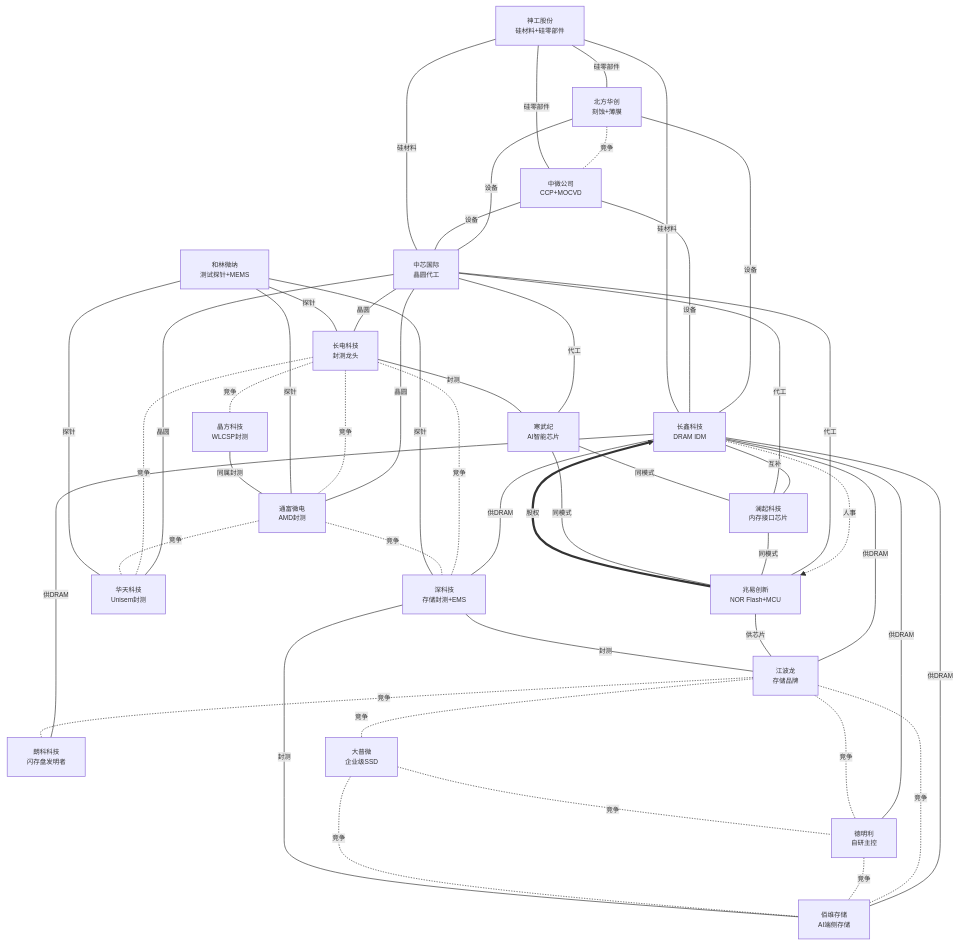
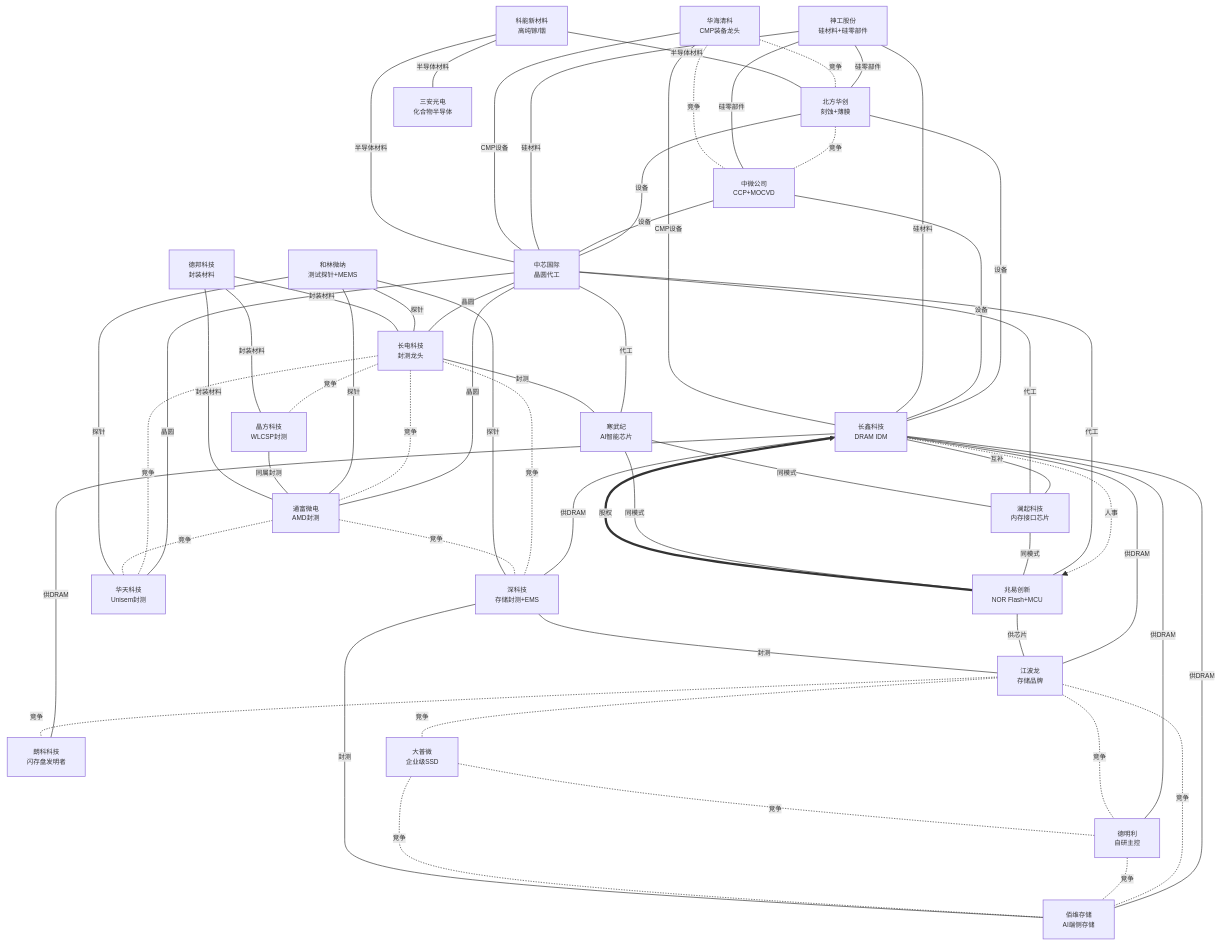
One commit to zhangbo1882/open-industry changed the first of 5 diagrams in industry/wiki/syntheses/公司关联图谱.md. Above: the diagram before and after it, drawn with Mermaid. The commit also changed other lines of this file and 13 other files, not shown here.

```diff
--- a/industry/wiki/syntheses/公司关联图谱.md
+++ b/industry/wiki/syntheses/公司关联图谱.md
@@ -83,6 +93,8 @@
     深科技[深科技<br/>存储封测+EMS]
     寒武纪[寒武纪<br/>AI智能芯片]
     晶方科技[晶方科技<br/>WLCSP封测]
+    德邦科技[德邦科技<br/>封装材料]
+    华海清科[华海清科<br/>CMP装备龙头]
 
     长鑫科技 -.->|人事| 兆易创新
     兆易创新 ==>|股权| 长鑫科技
@@ -132,8 +144,19 @@
     长电科技 ---|封测| 寒武纪
     长电科技 -.-|竞争| 晶方科技
     晶方科技 ---|同属封测| 通富微电
+    德邦科技 ---|封装材料| 长电科技
+    德邦科技 ---|封装材料| 通富微电
+    德邦科技 ---|封装材料| 晶方科技
+    华海清科 ---|CMP设备| 中芯国际
+    华海清科 ---|CMP设备| 长鑫科技
+    华海清科 -.-|竞争| 北方华创
+    华海清科 -.-|竞争| 中微公司
     寒武纪 ---|同模式| 澜起科技
     寒武纪 ---|同模式| 兆易创新
+    科能新材料[科能新材料<br/>高纯镓/铟]
+    科能新材料 ---|半导体材料| 三安光电[三安光电<br/>化合物半导体]
+    科能新材料 ---|半导体材料| 中芯国际
+    科能新材料 ---|半导体材料| 北方华创
 
     classDef personnel fill:#ff6b6b,color:#fff,stroke:#c92a2a
     classDef equity fill:#f06595,color:#fff,stroke:#a61e4d
```
